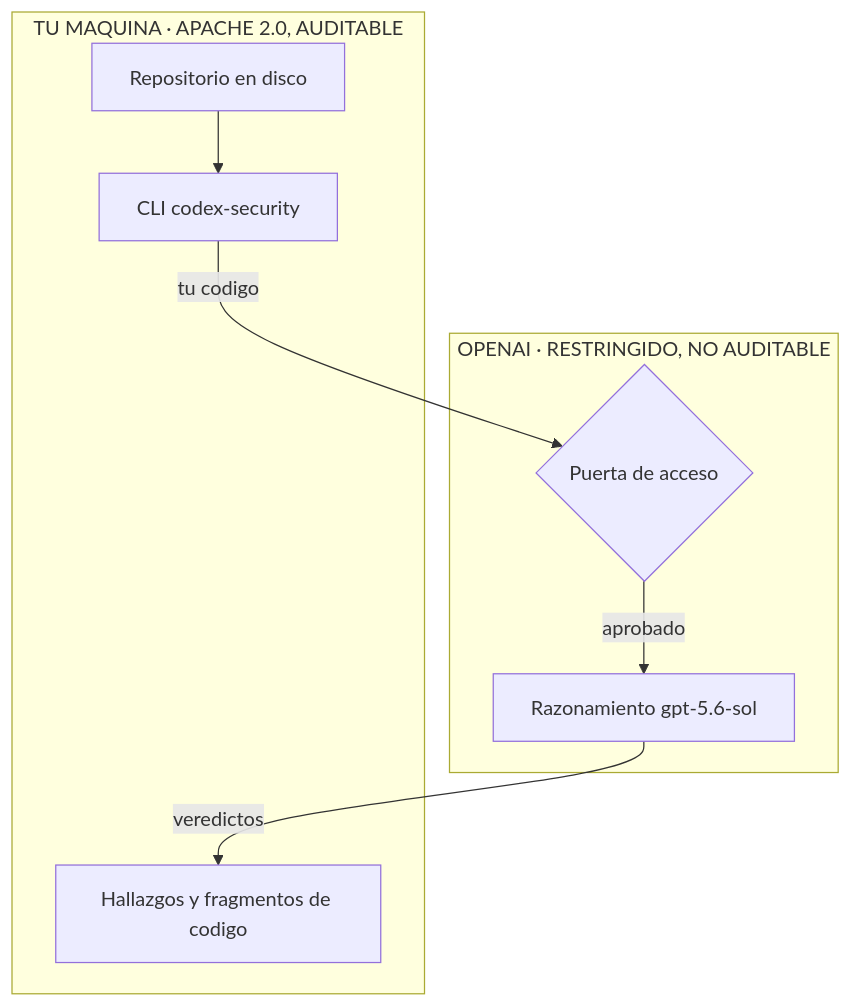
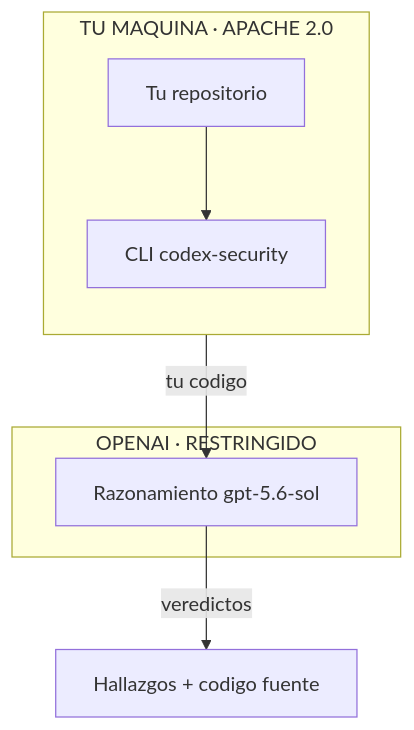
One commit to NullKDev/nullkdev.github.io changed the diagram in src/content/notes/codex-security/index.es.mdx. Above: the diagram before and after it, drawn with Mermaid. The commit also changed 10 other files, not shown here.

Commit message:
refactor(prose): share the diagram viewer and cap its height

````diff
--- a/src/content/notes/codex-security/index.es.mdx
+++ b/src/content/notes/codex-security/index.es.mdx
@@ -92,14 +92,14 @@
 ```mermaid
 flowchart TB
-  subgraph cerrado ["OPENAI · RESTRINGIDO, NO AUDITABLE"]
-    gate{Puerta de acceso} -- aprobado --> model[Razonamiento gpt-5.6-sol]
+  subgraph abierto ["TU MAQUINA · APACHE 2.0"]
+    direction TB
+    repo[Tu repositorio] --> cli[CLI codex-security]
   end
 
-  subgraph abierto ["TU MAQUINA · APACHE 2.0, AUDITABLE"]
-    repo[Repositorio en disco] --> cli[CLI codex-security]
-    out[Hallazgos y fragmentos de codigo]
+  subgraph cerrado ["OPENAI · RESTRINGIDO"]
+    model[Razonamiento gpt-5.6-sol]
   end
 
-  cli -- tu codigo --> gate
-  model -- veredictos --> out
+  cli -- tu codigo --> model
+  model -- veredictos --> out[Hallazgos + codigo fuente]
 ```
````
